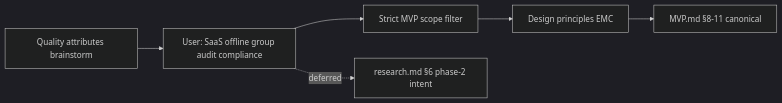
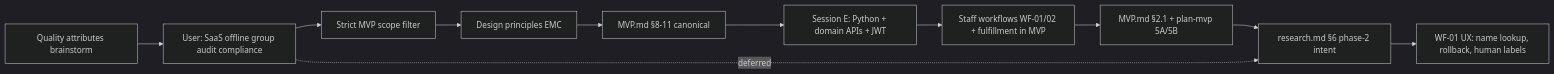
Before and after one commit to tusharwagh/LMS-AI: the diagram in docs/research.md, drawn with Mermaid (dark theme). The commit also changed other lines of this file and 97 other files, not shown here.

First line of the commit message:
Ship K-12 LMS MVP: domain APIs, workflows, staff UI, and hardening.

````diff
--- a/docs/research.md
+++ b/docs/research.md
@@ -229,8 +282,13 @@
 ```mermaid
 flowchart LR
   A[Quality attributes brainstorm] --> B[User: SaaS offline group audit compliance]
   B --> C[Strict MVP scope filter]
   C --> D[Design principles EMC]
   D --> E[MVP.md §8-11 canonical]
-  B -.deferred.-> F[research.md §6 phase-2 intent]
+  E --> F[Session E: Python + domain APIs + JWT]
+  F --> G[Staff workflows WF-01/02 + fulfillment in MVP]
+  G --> H[MVP.md §2.1 + plan-mvp 5A/5B]
+  H --> I[Ship WF-01/02 + fulfillment + staff UI]
+  I --> J[WF-01 UX: name lookup, rollback, human labels]
+  B -.deferred.-> I[research.md §6 phase-2 intent]
 ```
````
